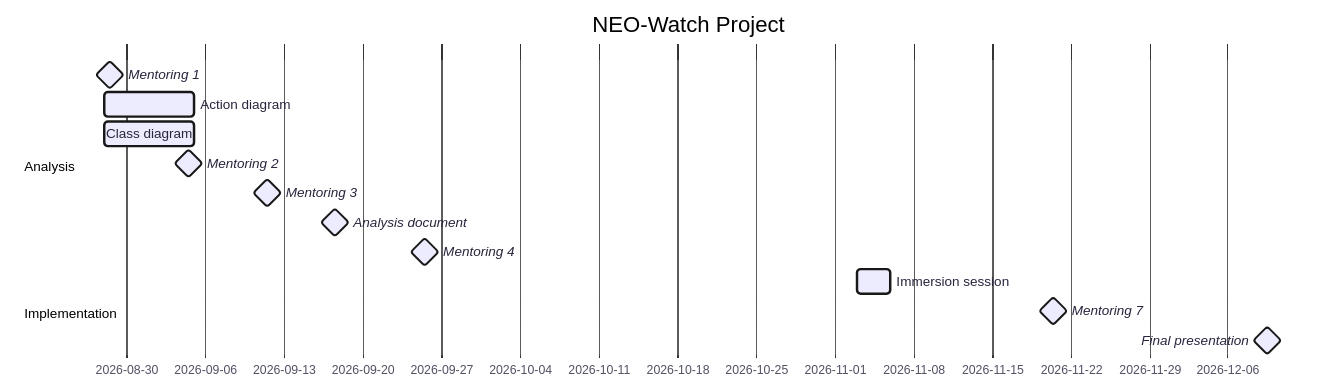
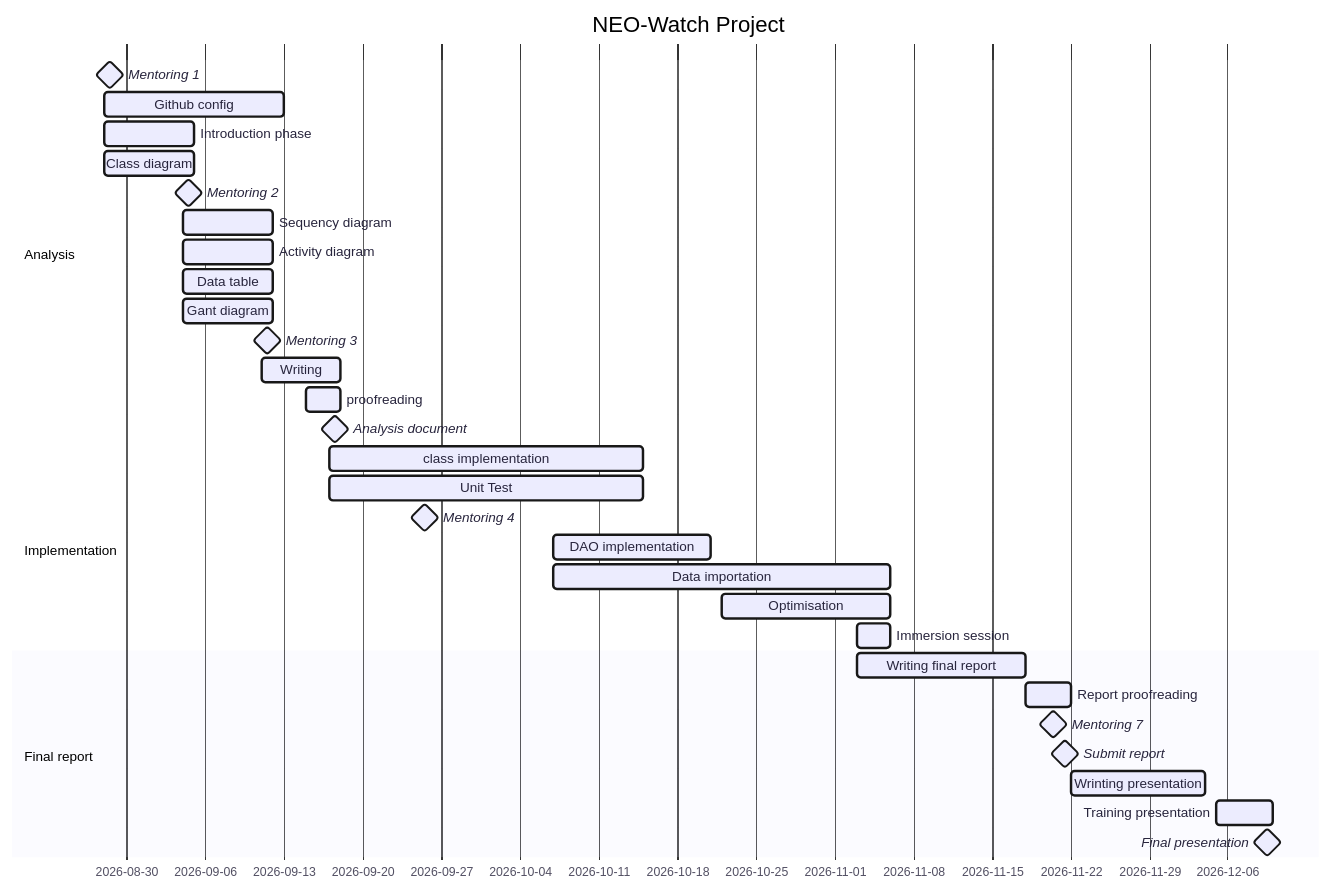
Before and after one commit to Yazaaaaaa/ensai-it-project-2a-team2: the diagram in doc/gantt_diagram.md, drawn with Mermaid.

Commit message:
Update Gantt diagram with new tasks and milestones

````diff
--- a/doc/gantt_diagram.md
+++ b/doc/gantt_diagram.md
@@ -1,21 +1,39 @@
 ```mermaid
 ---
 config:
   theme: redux
 ---
 gantt
     title NEO-Watch Project
     dateFormat YYYY-MM-DD
     section Analysis
         Mentoring 1        :milestone, 2026-08-28, 1d
-        Action diagram    :2026-08-28, 8d
-        Class diagram     :2026-08-28, 8d
+        Github config      :2026-08-28, 16d
+        Introduction phase :2026-08-28, 8d
+        Class diagram      :2026-08-28, 8d
         Mentoring 2        :milestone, 2026-09-04, 1d
+        Sequency diagram   :2026-09-04, 8d
+        Activity diagram   :2026-09-04, 8d
+        Data table         :2026-09-04, 8d
+        Gant diagram      :2026-09-04, 8d
         Mentoring 3        :milestone, 2026-09-11, 1d
+        Writing            :2026-09-11, 7d
+        proofreading       :2026-09-15, 3d
         Analysis document  :milestone, 2026-09-17, 1d
+    section Implementation
+        class implementation: 2026-09-17, 28d
+        Unit Test          :2026-09-17, 28d
         Mentoring 4        :milestone, 2026-09-25, 1d
-    section Implementation
+        DAO implementation :2026-10-07, 14d
+        Data importation   :2026-10-07, 30d
+        Optimisation       :2026-10-22, 15d
         Immersion session  :2026-11-03, 3d
+    section Final report
+        Writing final report :2026-11-03, 15d
+        Report proofreading  :2026-11-18, 4d
         Mentoring 7        :milestone, 2026-11-20, 1d
+        Submit report   :milestone, 2026-11-21, 1d
+        Wrinting presentation :2026-11-22, 12d
+        Training presentation :2026-12-05, 5d
         Final presentation :milestone, 2026-12-09, 1d
 ```
````
